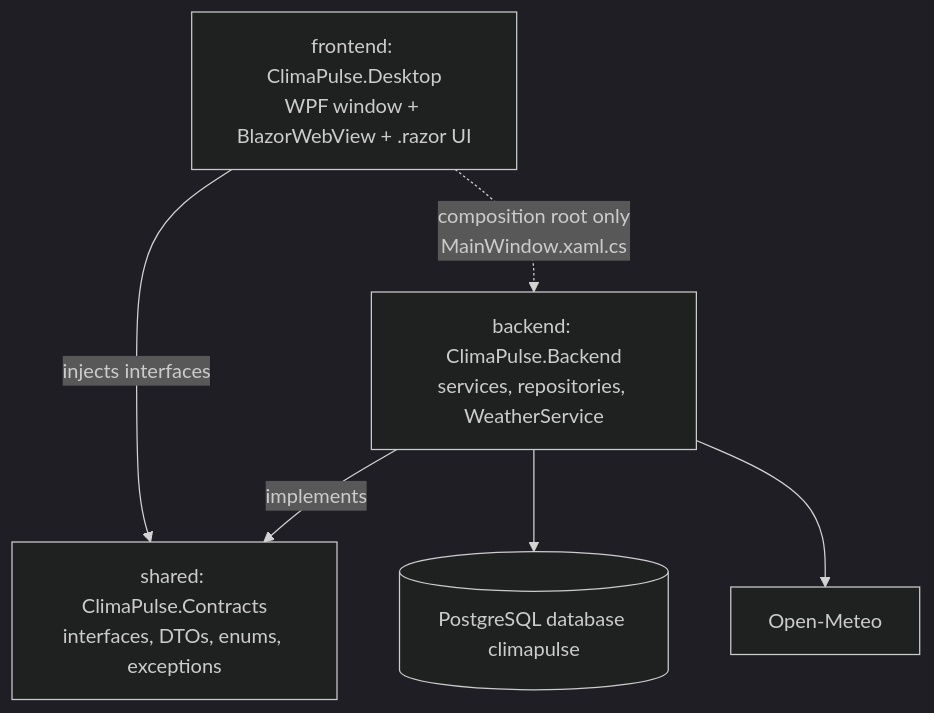
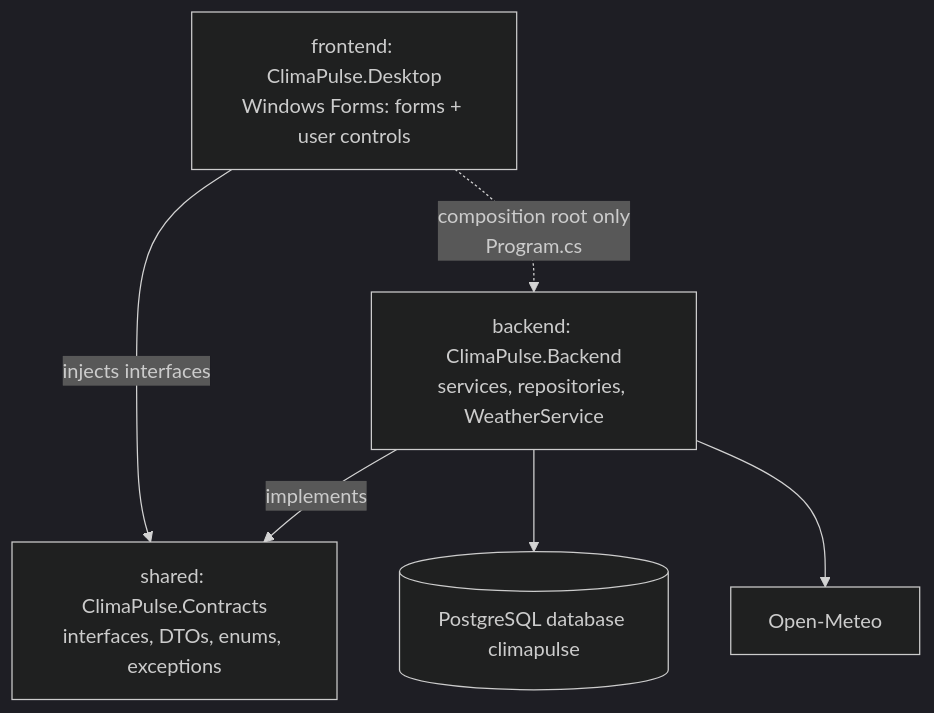
One commit to Nalen518/Junior-Project changed the diagram in docs/api-contract.md. Above: the diagram before and after it, drawn with Mermaid (dark theme). The commit also changed other lines of this file and 7 other files, not shown here.

First line of the commit message:
docs: switch UI from WPF/Blazor Hybrid to Windows Forms

````diff
--- a/docs/api-contract.md
+++ b/docs/api-contract.md
@@ -40,8 +40,8 @@
 ```mermaid
 flowchart TB
-    D["frontend: ClimaPulse.Desktop<br/>WPF window + BlazorWebView + .razor UI"] -->|injects interfaces| C["shared: ClimaPulse.Contracts<br/>interfaces, DTOs, enums, exceptions"]
+    D["frontend: ClimaPulse.Desktop<br/>Windows Forms: forms + user controls"] -->|injects interfaces| C["shared: ClimaPulse.Contracts<br/>interfaces, DTOs, enums, exceptions"]
     B["backend: ClimaPulse.Backend<br/>services, repositories, WeatherService"] -->|implements| C
-    D -.->|composition root only<br/>MainWindow.xaml.cs| B
+    D -.->|composition root only<br/>Program.cs| B
     B --> DB[(PostgreSQL database climapulse)]
     B --> OM[Open-Meteo]
 ```
````
